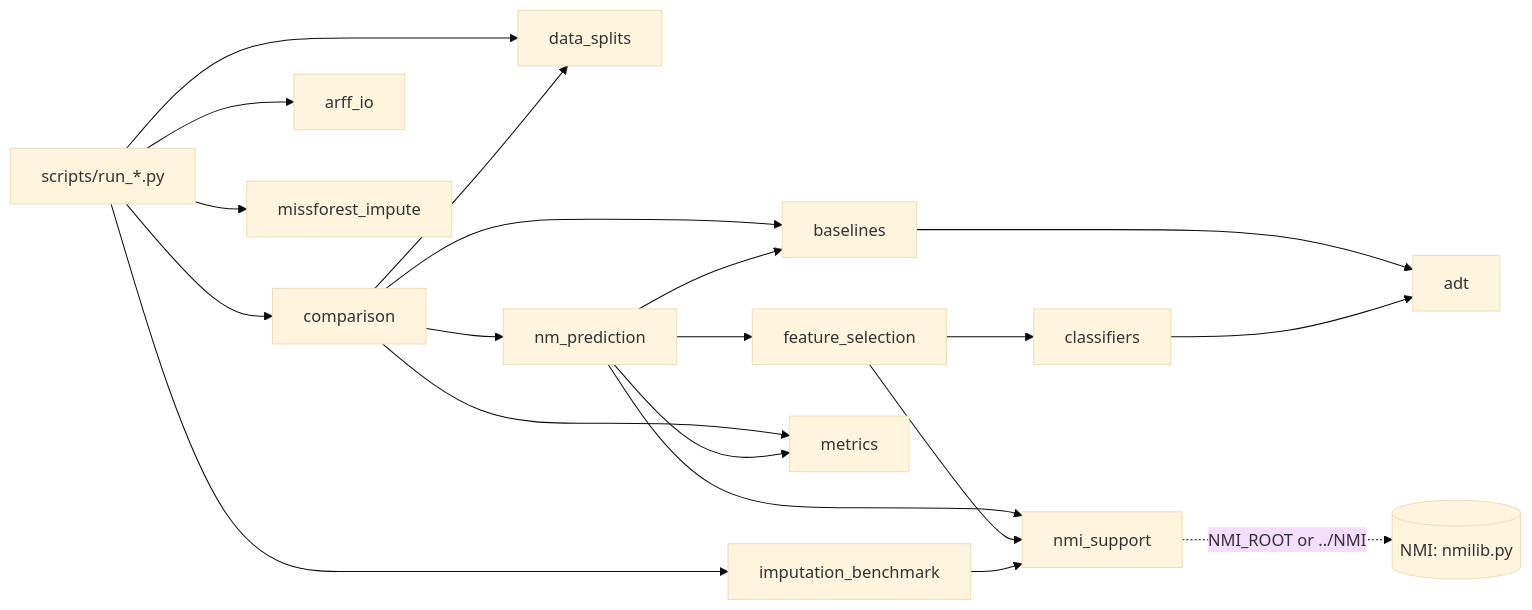
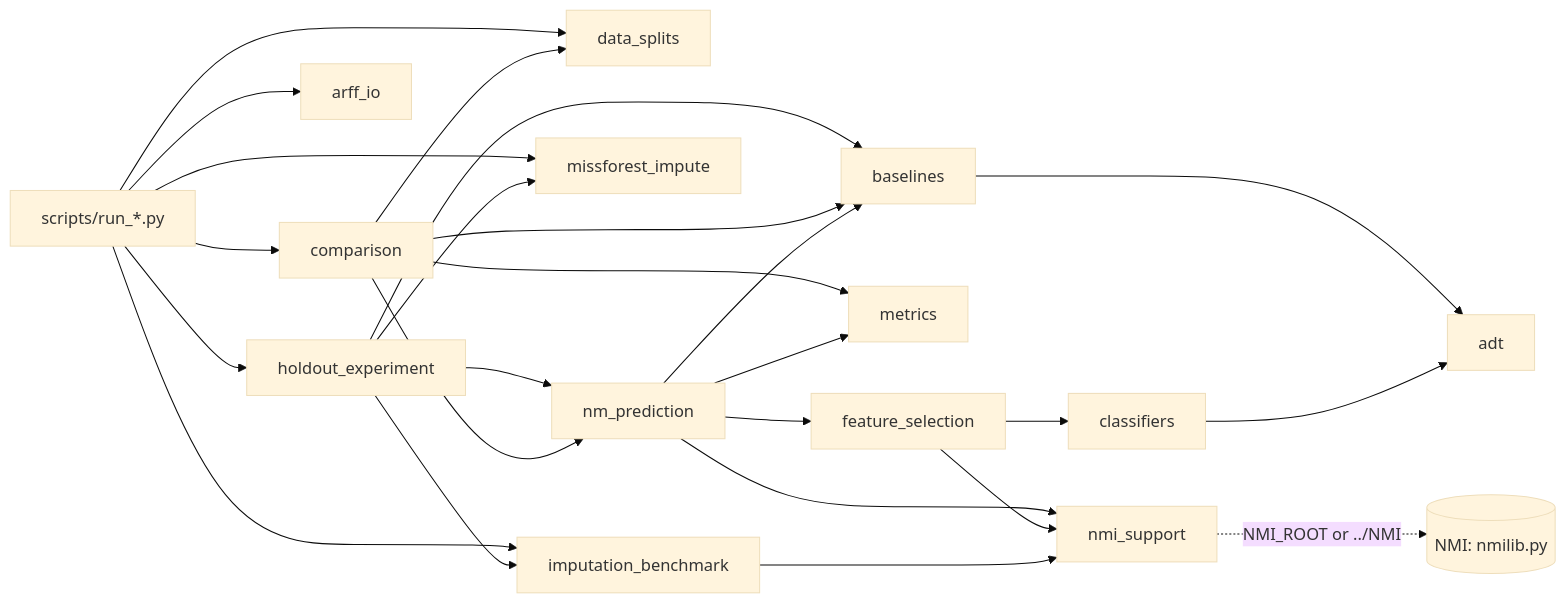
Before and after one commit to mrvr/DengueCAD: the diagram in docs/architecture/04-module-dependencies.mmd, drawn with Mermaid (base theme). The commit also changed 12 other files, not shown here.

Commit message:
Add hold-out experiment to architecture docs and slides.

```diff
--- a/docs/architecture/04-module-dependencies.mmd
+++ b/docs/architecture/04-module-dependencies.mmd
@@ -1,25 +1,31 @@
 flowchart LR
     scripts["scripts/run_*.py"] --> comparison
     scripts --> data_splits
     scripts --> arff_io
     scripts --> imputation_benchmark
     scripts --> missforest_impute
+    scripts --> holdout_experiment
+
+    holdout_experiment --> nm_prediction
+    holdout_experiment --> imputation_benchmark
+    holdout_experiment --> missforest_impute
+    holdout_experiment --> baselines
 
     comparison --> nm_prediction
     comparison --> baselines
     comparison --> data_splits
     comparison --> metrics
 
     nm_prediction --> feature_selection
     nm_prediction --> baselines
     nm_prediction --> metrics
     nm_prediction --> nmi_support
 
     feature_selection --> classifiers
     feature_selection --> nmi_support
 
     baselines --> adt
     classifiers --> adt
 
     imputation_benchmark --> nmi_support
     nmi_support -.->|"NMI_ROOT or ../NMI"| nmilib[("NMI: nmilib.py")]
```
